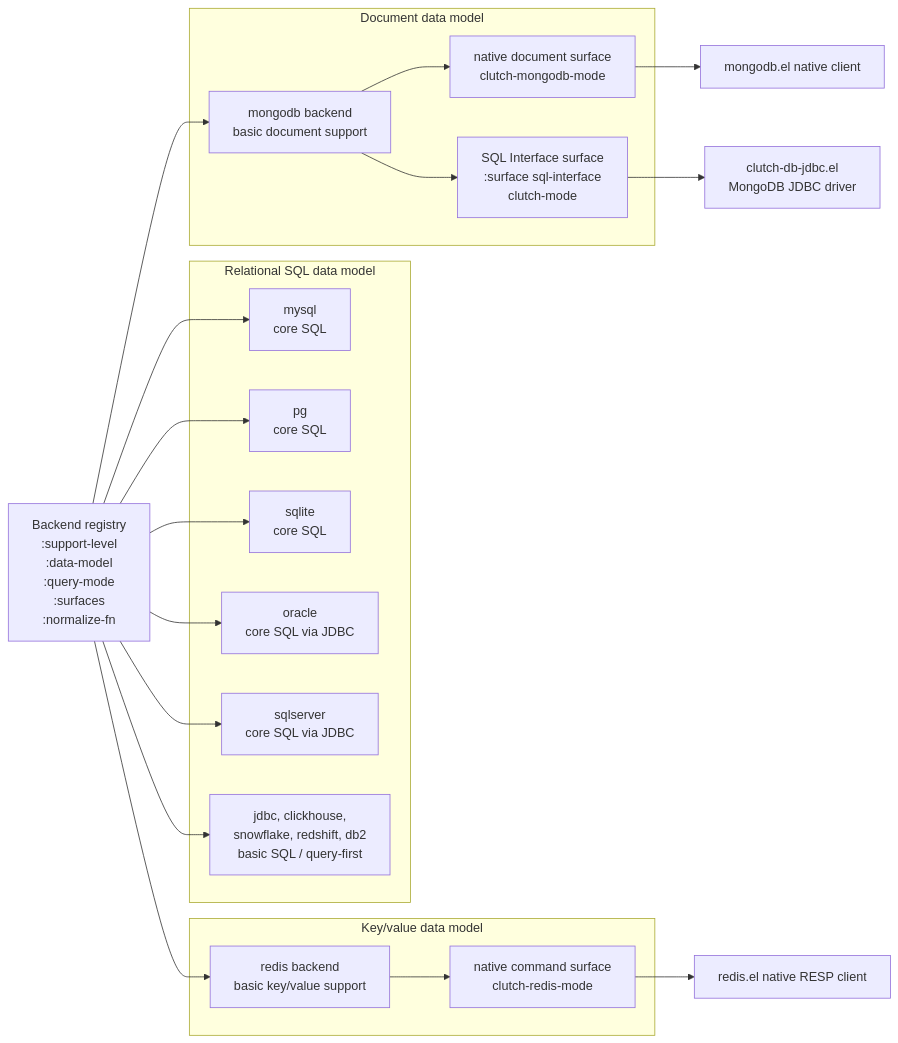
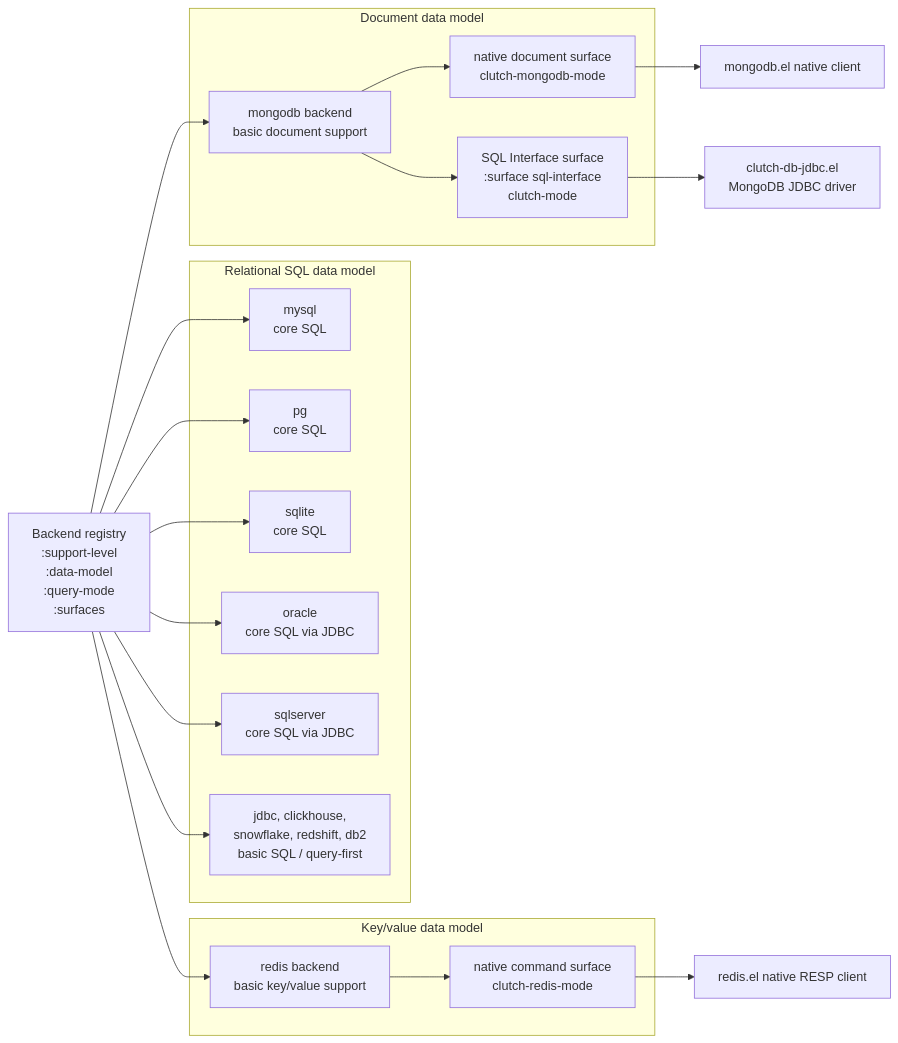
The second of 6 diagrams in docs/architecture.md (LuciusChen/clutch), drawn with Mermaid before and after one commit. The commit also changed 8 other files, not shown here.

````diff
--- a/docs/architecture.md
+++ b/docs/architecture.md
@@ -86,41 +86,41 @@
 ```mermaid
 flowchart LR
-  Registry["Backend registry<br/>:support-level<br/>:data-model<br/>:query-mode<br/>:surfaces<br/>:normalize-fn"]
+  Registry["Backend registry<br/>:support-level<br/>:data-model<br/>:query-mode<br/>:surfaces"]
 
   subgraph Relational["Relational SQL data model"]
     MySQLCore["mysql<br/>core SQL"]
     PGCore["pg<br/>core SQL"]
     SQLiteCore["sqlite<br/>core SQL"]
     OracleCore["oracle<br/>core SQL via JDBC"]
     SQLServerCore["sqlserver<br/>core SQL via JDBC"]
     GenericJDBC["jdbc, clickhouse,<br/>snowflake, redshift, db2<br/>basic SQL / query-first"]
   end
 
   subgraph DocumentDB["Document data model"]
     MongoBackend["mongodb backend<br/>basic document support"]
     MongoNative["native document surface<br/>clutch-mongodb-mode"]
     MongoSQL["SQL Interface surface<br/>:surface sql-interface<br/>clutch-mode"]
   end
 
   subgraph KeyValue["Key/value data model"]
     RedisBackend["redis backend<br/>basic key/value support"]
     RedisNative["native command surface<br/>clutch-redis-mode"]
   end
 
   Registry --> MySQLCore
   Registry --> PGCore
   Registry --> SQLiteCore
   Registry --> OracleCore
   Registry --> SQLServerCore
   Registry --> GenericJDBC
   Registry --> MongoBackend
   Registry --> RedisBackend
 
   MongoBackend --> MongoNative
   MongoBackend --> MongoSQL
   MongoNative --> MongoExt["mongodb.el native client"]
   MongoSQL --> JDBCPath["clutch-db-jdbc.el<br/>MongoDB JDBC driver"]
 
   RedisBackend --> RedisNative
   RedisNative --> RedisExt["redis.el native RESP client"]
 ```
````
